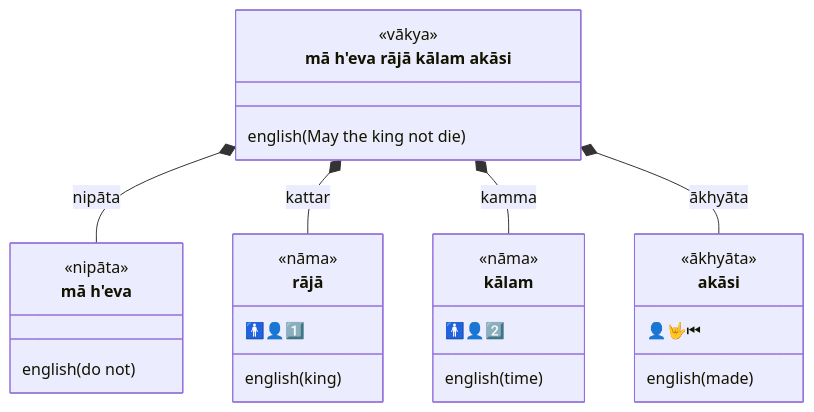
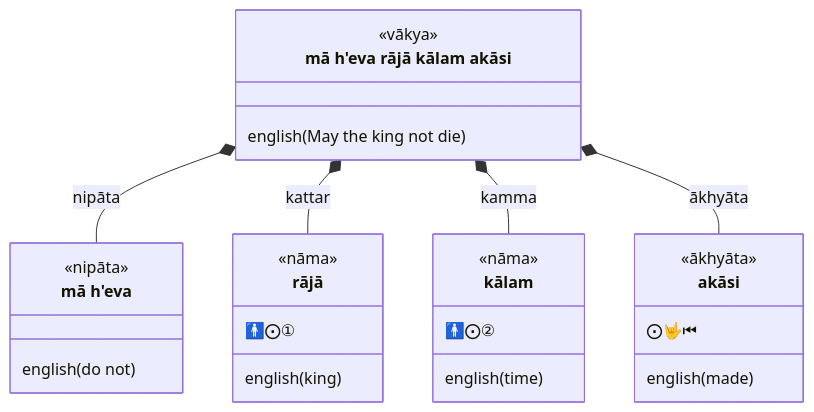
Diagram 17 of 60 in content/en/docs/Pali/sentences.md (ChristineTham/buddhavacana), drawn with Mermaid before and after one commit. The commit also changed other lines of this file and 71 other files, not shown here.

````diff
--- a/content/en/docs/Pali/sentences.md
+++ b/content/en/docs/Pali/sentences.md
@@ -547,30 +547,30 @@
 ```mermaid
 classDiagram
   class sentence["mā h'eva rājā kālam akāsi"] {
     <<vākya>>
     english(May the king not die)
   }
   class mā["mā h'eva"] {
     <<nipāta>>
     english(do not)
   }
   class rājā {
     <<nāma>>
-    🚹👤1️⃣
+    🚹⨀①
     english(king)
   }
   class kālam {
     <<nāma>>
-    🚹👤2️⃣ 
+    🚹⨀② 
     english(time)
   }
   class akāsi {
     <<ākhyāta>>
-     👤🤟⏮
+     ⨀🤟⏮
     english(made)
   }
   sentence *-- mā : nipāta
   sentence *-- rājā : kattar
   sentence *-- kālam : kamma
   sentence *-- akāsi: ākhyāta
 ```
````
